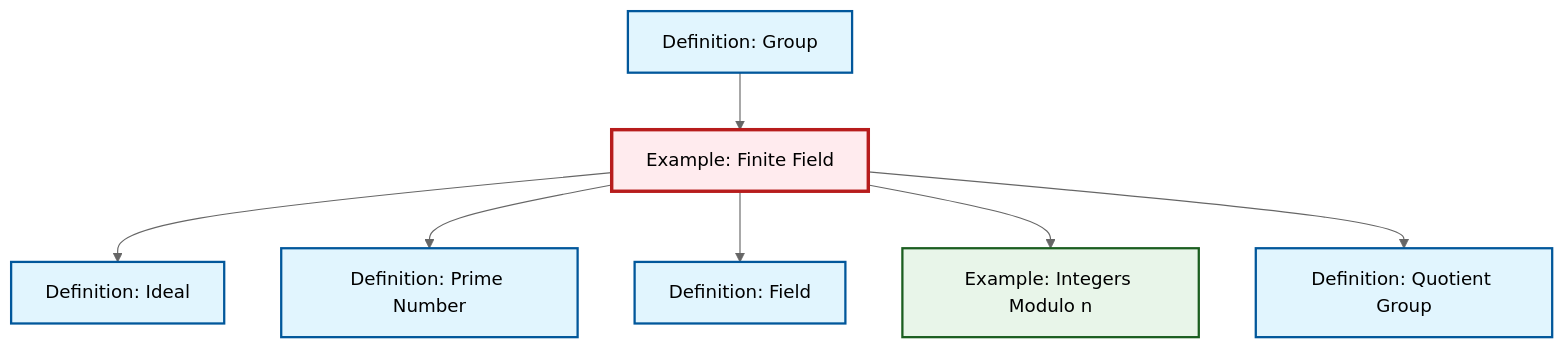
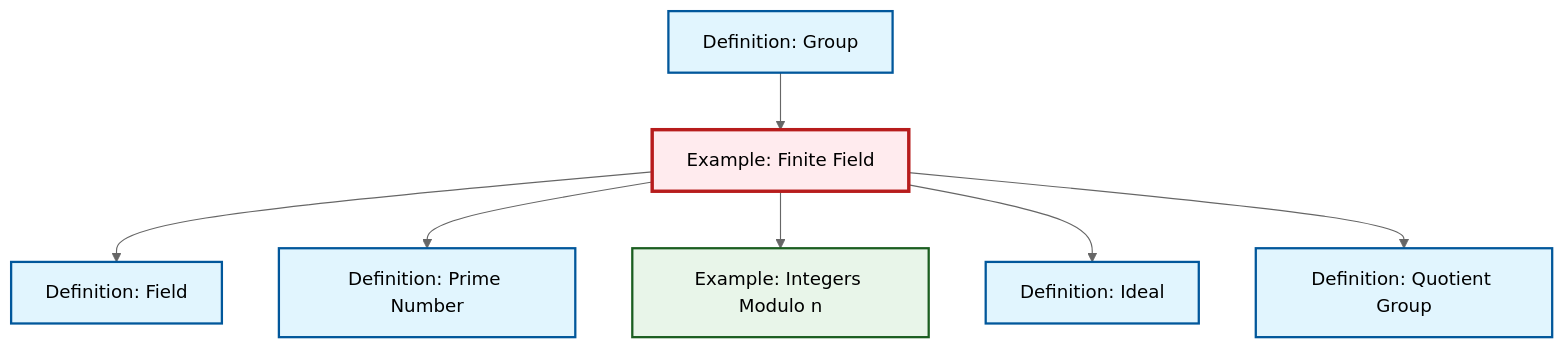
One commit to RK0429/ModernMath changed the diagram in content/ja/algebra/ex-finite-field.qmd. Above: the diagram before and after it, drawn with Mermaid (neutral theme). The commit also changed other lines of this file and 497 other files, not shown here.

````diff
--- a/content/ja/algebra/ex-finite-field.qmd
+++ b/content/ja/algebra/ex-finite-field.qmd
@@ -66,29 +66,29 @@
 ```{mermaid}
 %%| fig-cap: "Local dependency graph"
 graph TD
     classDef definition fill:#e1f5fe,stroke:#01579b,stroke-width:2px
     classDef theorem fill:#f3e5f5,stroke:#4a148c,stroke-width:2px
     classDef axiom fill:#fff3e0,stroke:#e65100,stroke-width:2px
     classDef example fill:#e8f5e9,stroke:#1b5e20,stroke-width:2px
     classDef current fill:#ffebee,stroke:#b71c1c,stroke-width:3px
+    def-prime["Definition: Prime Number"]:::definition
+    def-field["Definition: Field"]:::definition
+    def-ideal["Definition: Ideal"]:::definition
+    ex-quotient-integers-mod-n["Example: Integers Modulo n"]:::example
     def-quotient-group["Definition: Quotient Group"]:::definition
-    ex-quotient-integers-mod-n["Example: Integers Modulo n"]:::example
-    def-ideal["Definition: Ideal"]:::definition
-    def-field["Definition: Field"]:::definition
+    def-group["Definition: Group"]:::definition
     ex-finite-field["Example: Finite Field"]:::example
-    def-prime["Definition: Prime Number"]:::definition
-    def-group["Definition: Group"]:::definition
+    ex-finite-field --> def-field
+    ex-finite-field --> def-prime
+    ex-finite-field --> ex-quotient-integers-mod-n
+    def-group --> ex-finite-field
     ex-finite-field --> def-ideal
-    ex-finite-field --> def-prime
-    def-group --> ex-finite-field
-    ex-finite-field --> def-field
-    ex-finite-field --> ex-quotient-integers-mod-n
     ex-finite-field --> def-quotient-group
     class ex-finite-field current
+    click def-prime "def-prime.html" "Definition: Prime Numberへ"
+    click def-field "def-field.html" "Definition: Fieldへ"
+    click def-ideal "def-ideal.html" "Definition: Idealへ"
+    click ex-quotient-integers-mod-n "ex-quotient-integers-mod-n.html" "Example: Integers Modulo nへ"
     click def-quotient-group "def-quotient-group.html" "Definition: Quotient Groupへ"
-    click ex-quotient-integers-mod-n "ex-quotient-integers-mod-n.html" "Example: Integers Modulo nへ"
-    click def-ideal "def-ideal.html" "Definition: Idealへ"
-    click def-field "def-field.html" "Definition: Fieldへ"
-    click def-prime "def-prime.html" "Definition: Prime Numberへ"
     click def-group "def-group.html" "Definition: Groupへ"
 ```
````
